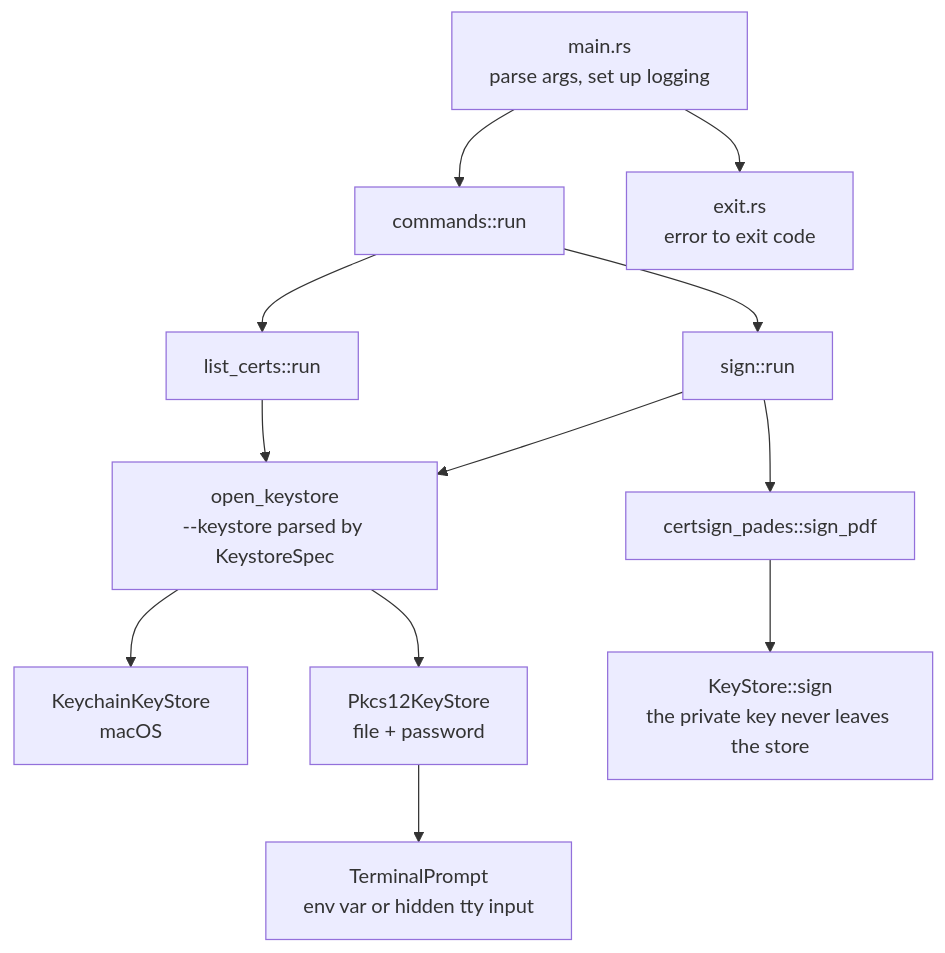
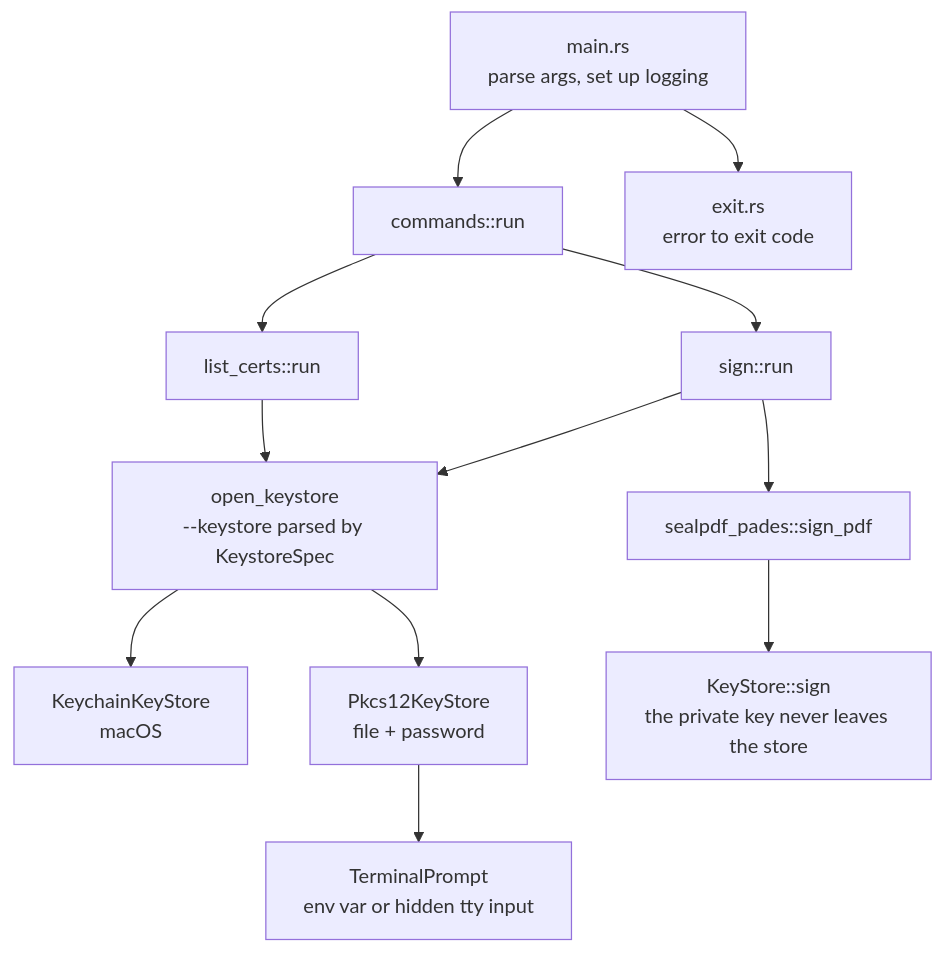
One commit to LeoBorai/SealPDF changed the first of 2 diagrams in docs/cli/README.md. Above: the diagram before and after it, drawn with Mermaid. The commit also changed other lines of this file and 156 other files, not shown here.

````diff
--- a/docs/cli/README.md
+++ b/docs/cli/README.md
@@ -14,14 +14,14 @@
 ```mermaid
 flowchart TD
     main["main.rs<br/>parse args, set up logging"] --> run["commands::run"]
     run --> lc["list_certs::run"]
     run --> sg["sign::run"]
     lc --> open["open_keystore<br/>--keystore parsed by KeystoreSpec"]
     sg --> open
     open --> kc["KeychainKeyStore<br/>macOS"]
     open --> p12["Pkcs12KeyStore<br/>file + password"]
     p12 --> prompt["TerminalPrompt<br/>env var or hidden tty input"]
-    sg --> pades["certsign_pades::sign_pdf"]
+    sg --> pades["sealpdf_pades::sign_pdf"]
     pades --> ks["KeyStore::sign<br/>the private key never leaves the store"]
     main --> exit["exit.rs<br/>error to exit code"]
 ```
````
